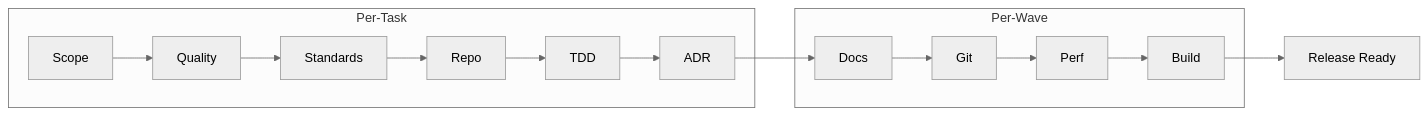
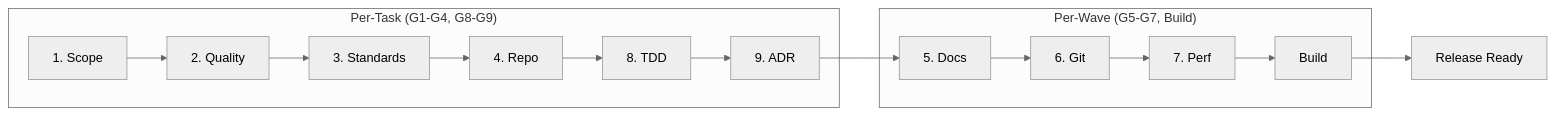
The second of 5 diagrams in README.md (Roberdan/MyConvergio), drawn with Mermaid (neutral theme) before and after one commit. The commit also changed other lines of this file and 3 other files, not shown here.

````diff
--- a/README.md
+++ b/README.md
@@ -108,12 +136,12 @@
 ```mermaid
 flowchart LR
-    subgraph Per-Task
-        G1["Scope"] --> G2["Quality"] --> G3["Standards"]
-        G3 --> G4["Repo"] --> G8["TDD"] --> G9["ADR"]
+    subgraph "Per-Task (G1-G4, G8-G9)"
+        G1["1. Scope"] --> G2["2. Quality"] --> G3["3. Standards"]
+        G3 --> G4["4. Repo"] --> G8["8. TDD"] --> G9["9. ADR"]
     end
-    subgraph Per-Wave
-        G5["Docs"] --> G6["Git"] --> G7["Perf"] --> GB["Build"]
+    subgraph "Per-Wave (G5-G7, Build)"
+        G5["5. Docs"] --> G6["6. Git"] --> G7["7. Perf"] --> GB["Build"]
     end
     G9 --> G5
     GB --> R["Release Ready"]
 ```
````
